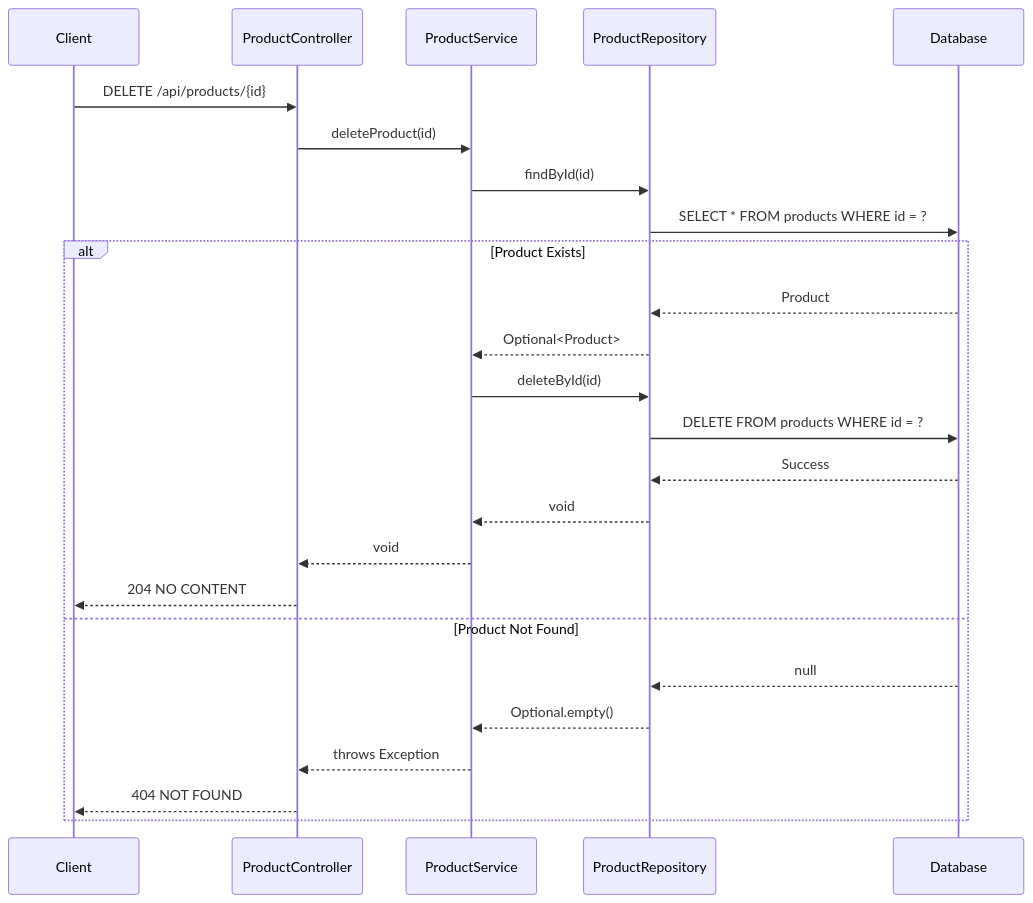
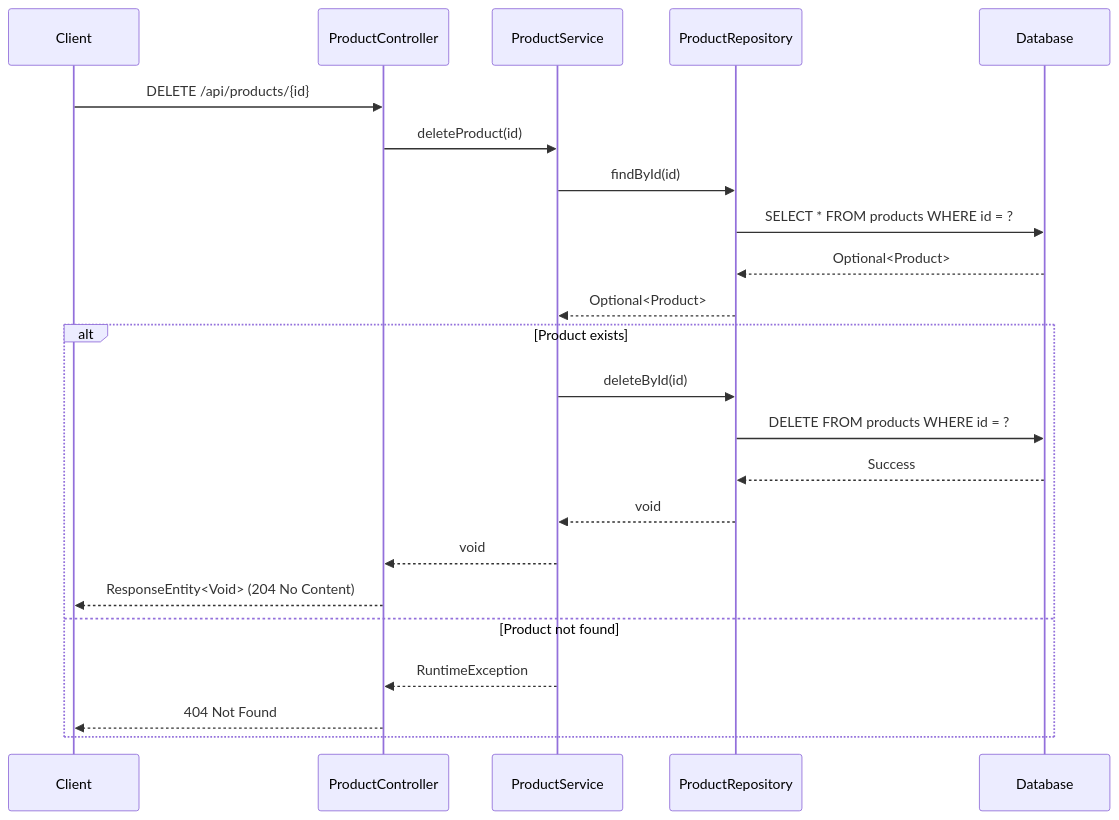
One commit to NavneetBN47/aava-ecom-demo changed the eighth of 10 diagrams in docs/LLD/lld.md. Above: the diagram before and after it, drawn with Mermaid. The commit also changed other lines of this file, not shown here.

````diff
--- a/docs/LLD/lld.md
+++ b/docs/LLD/lld.md
@@ -212,29 +254,27 @@
 ```mermaid
 sequenceDiagram
     participant Client
     participant ProductController
     participant ProductService
     participant ProductRepository
     participant Database
     
     Client->>ProductController: DELETE /api/products/{id}
     ProductController->>ProductService: deleteProduct(id)
     ProductService->>ProductRepository: findById(id)
     ProductRepository->>Database: SELECT * FROM products WHERE id = ?
+    Database-->>ProductRepository: Optional<Product>
+    ProductRepository-->>ProductService: Optional<Product>
     
-    alt Product Exists
-        Database-->>ProductRepository: Product
-        ProductRepository-->>ProductService: Optional<Product>
+    alt Product exists
         ProductService->>ProductRepository: deleteById(id)
         ProductRepository->>Database: DELETE FROM products WHERE id = ?
         Database-->>ProductRepository: Success
         ProductRepository-->>ProductService: void
         ProductService-->>ProductController: void
-        ProductController-->>Client: 204 NO CONTENT
-    else Product Not Found
-        Database-->>ProductRepository: null
-        ProductRepository-->>ProductService: Optional.empty()
-        ProductService-->>ProductController: throws Exception
-        ProductController-->>Client: 404 NOT FOUND
+        ProductController-->>Client: ResponseEntity<Void> (204 No Content)
+    else Product not found
+        ProductService-->>ProductController: RuntimeException
+        ProductController-->>Client: 404 Not Found
     end
 ```
````
